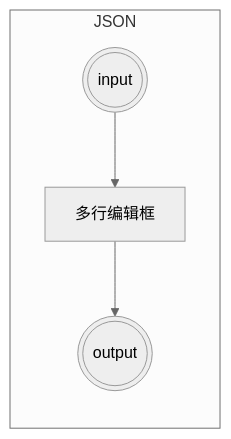
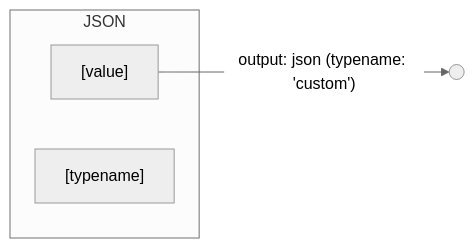
One commit to sisi0318/tool-website changed the third of 7 diagrams in docs/product/low-code-canvas.md. Above: the diagram before and after it, drawn with Mermaid (neutral theme). The commit also changed other lines of this file and 3 other files, not shown here.

````diff
--- a/docs/product/low-code-canvas.md
+++ b/docs/product/low-code-canvas.md
@@ -78,7 +72,8 @@
 ```mermaid
 graph LR
     subgraph JsonNode ["JSON"]
-        in((("input"))) --> value["多行编辑框"]
-        value --> out((("output")))
+        value["[value]"]
+        typename["[typename]"]
     end
+    value -->|"output: json (typename: 'custom')"| out(( ))
 ```
````
